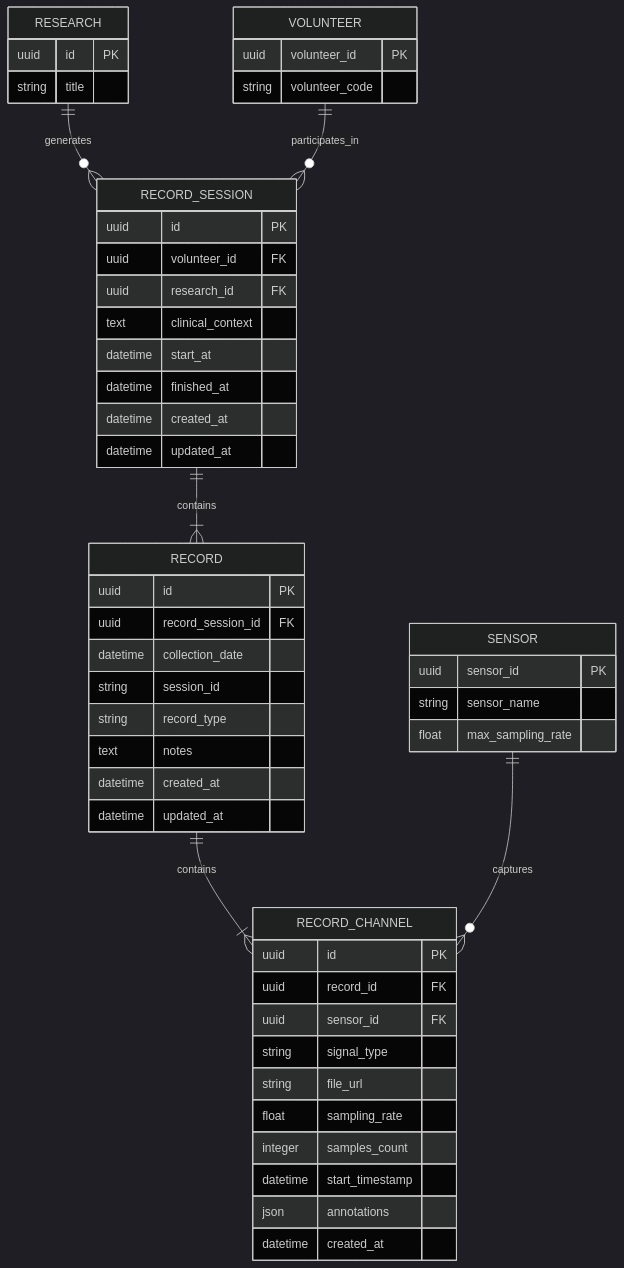
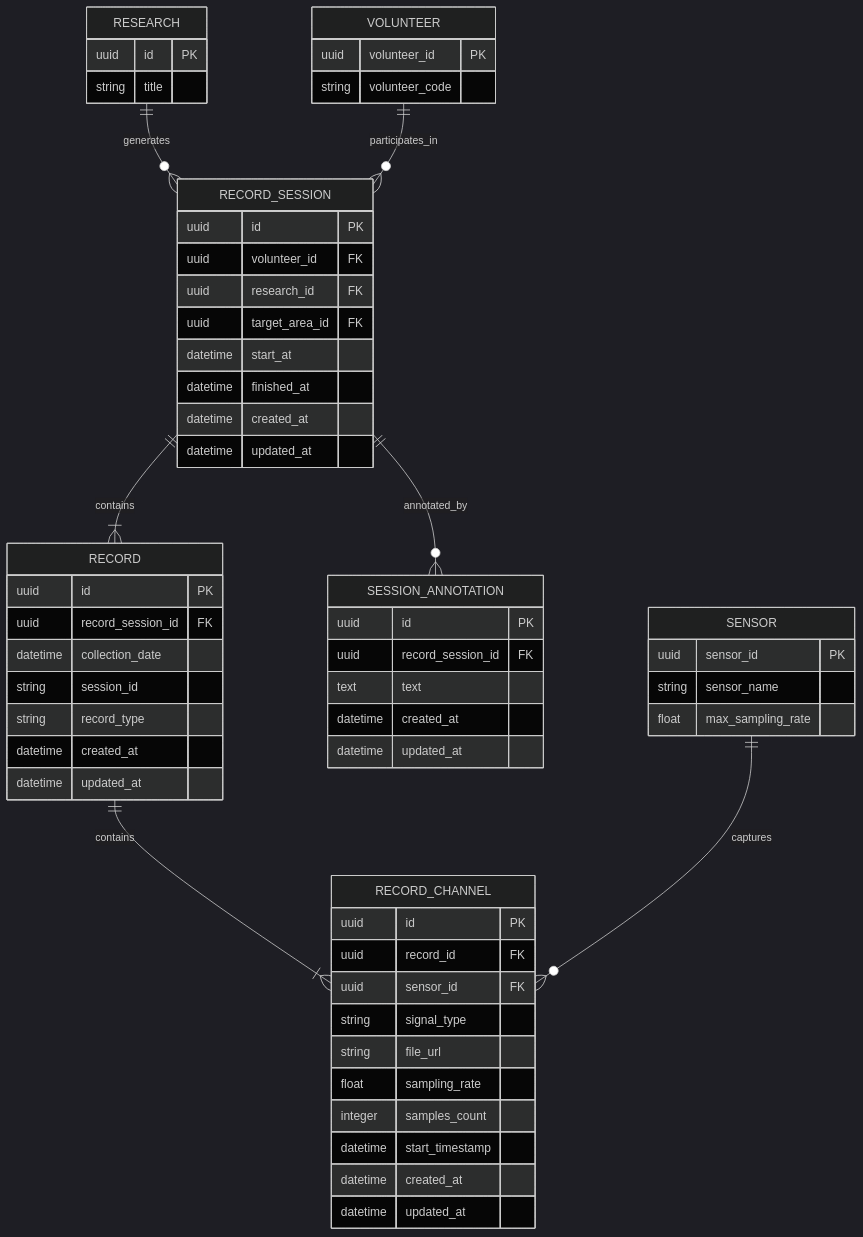
One commit to VitorAndTxr/Bioteca.Prism.InteroperableResearchNode changed the fourth of 7 diagrams in docs/diagrams/database/er-diagram-modular.md. Above: the diagram before and after it, drawn with Mermaid (dark theme). The commit also changed other lines of this file and 36 other files, not shown here.

````diff
--- a/docs/diagrams/database/er-diagram-modular.md
+++ b/docs/diagrams/database/er-diagram-modular.md
@@ -199,59 +199,67 @@
 ```mermaid
 erDiagram
     RESEARCH {
         uuid id PK
         string title
     }
 
     VOLUNTEER {
         uuid volunteer_id PK
         string volunteer_code
     }
 
     SENSOR {
         uuid sensor_id PK
         string sensor_name
         float max_sampling_rate
     }
 
     RECORD_SESSION {
         uuid id PK
         uuid volunteer_id FK
         uuid research_id FK
-        text clinical_context
+        uuid target_area_id FK
         datetime start_at
         datetime finished_at
+        datetime created_at
+        datetime updated_at
+    }
+
+    SESSION_ANNOTATION {
+        uuid id PK
+        uuid record_session_id FK
+        text text
         datetime created_at
         datetime updated_at
     }
 
     RECORD {
         uuid id PK
         uuid record_session_id FK
         datetime collection_date
         string session_id
         string record_type
-        text notes
         datetime created_at
         datetime updated_at
     }
 
     RECORD_CHANNEL {
         uuid id PK
         uuid record_id FK
         uuid sensor_id FK
         string signal_type
         string file_url
         float sampling_rate
         integer samples_count
         datetime start_timestamp
-        json annotations
         datetime created_at
+        datetime updated_at
     }
 
     RESEARCH ||--o{ RECORD_SESSION : "generates"
     VOLUNTEER ||--o{ RECORD_SESSION : "participates_in"
     RECORD_SESSION ||--|{ RECORD : "contains"
+    RECORD_SESSION ||--o{ SESSION_ANNOTATION : "annotated_by"
     RECORD ||--|{ RECORD_CHANNEL : "contains"
     SENSOR ||--o{ RECORD_CHANNEL : "captures"
 ```
````
